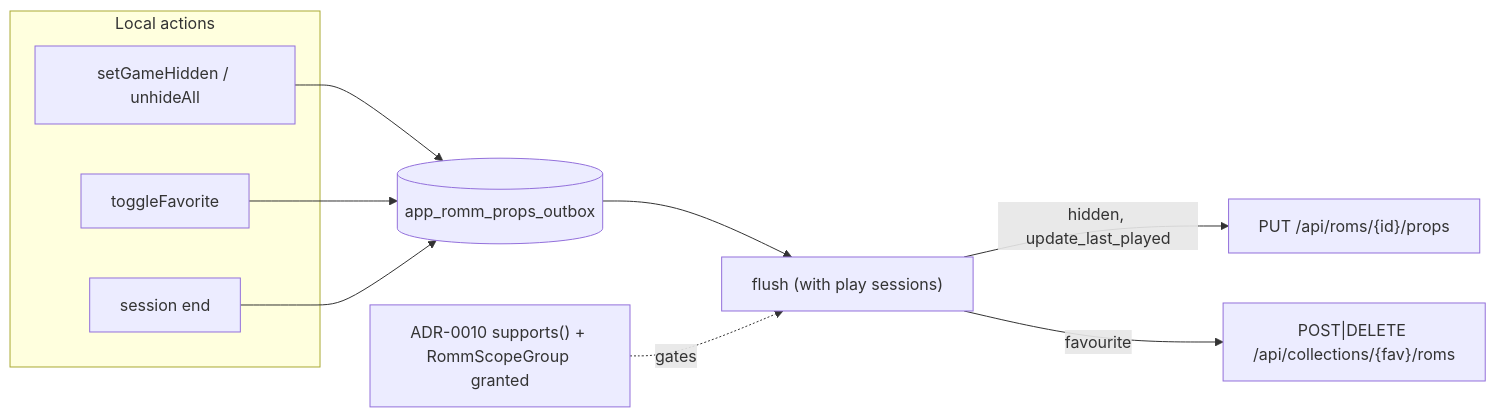
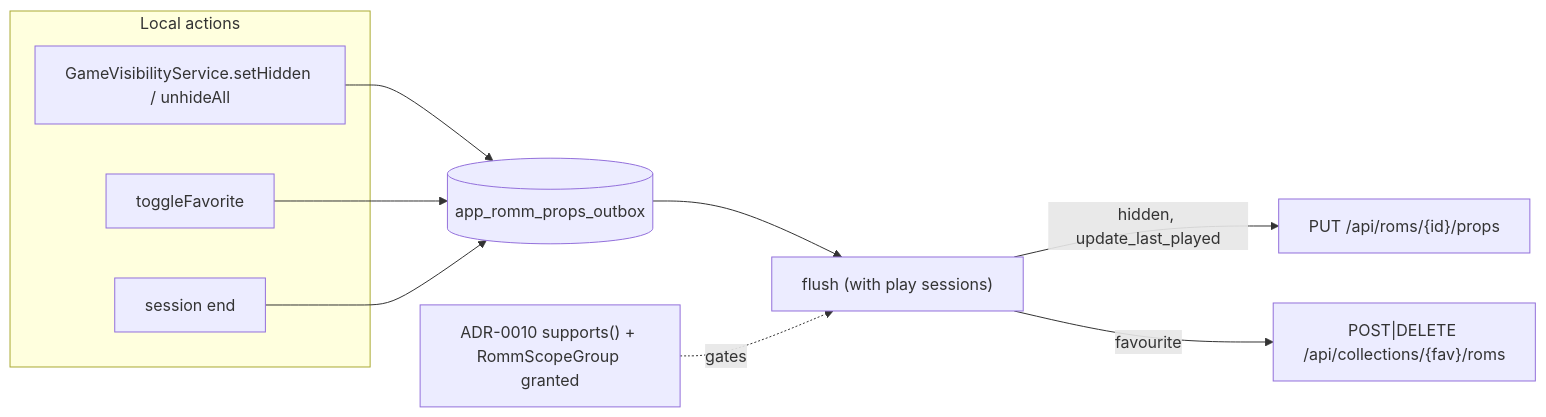
The diagram in sdd/adrs/ADR-0013-push-play-state-to-romm.md (jonstump/neostation-frontend), drawn with Mermaid before and after one commit. The commit also changed other lines of this file and 10 other files, not shown here.

````diff
--- a/sdd/adrs/ADR-0013-push-play-state-to-romm.md
+++ b/sdd/adrs/ADR-0013-push-play-state-to-romm.md
@@ -77,16 +77,16 @@
 ```mermaid
 flowchart LR
     subgraph hooks["Local actions"]
-        H["setGameHidden / unhideAll"]
+        H["GameVisibilityService.setHidden / unhideAll"]
         F["toggleFavorite"]
         E["session end"]
     end
     O[("app_romm_props_outbox")]
     H --> O
     F --> O
     E --> O
     O --> X["flush (with play sessions)"]
     X -->|hidden, update_last_played| P["PUT /api/roms/{id}/props"]
     X -->|favourite| C["POST|DELETE /api/collections/{fav}/roms"]
     G["ADR-0010 supports() + RommScopeGroup granted"] -.gates.-> X
 ```
````
